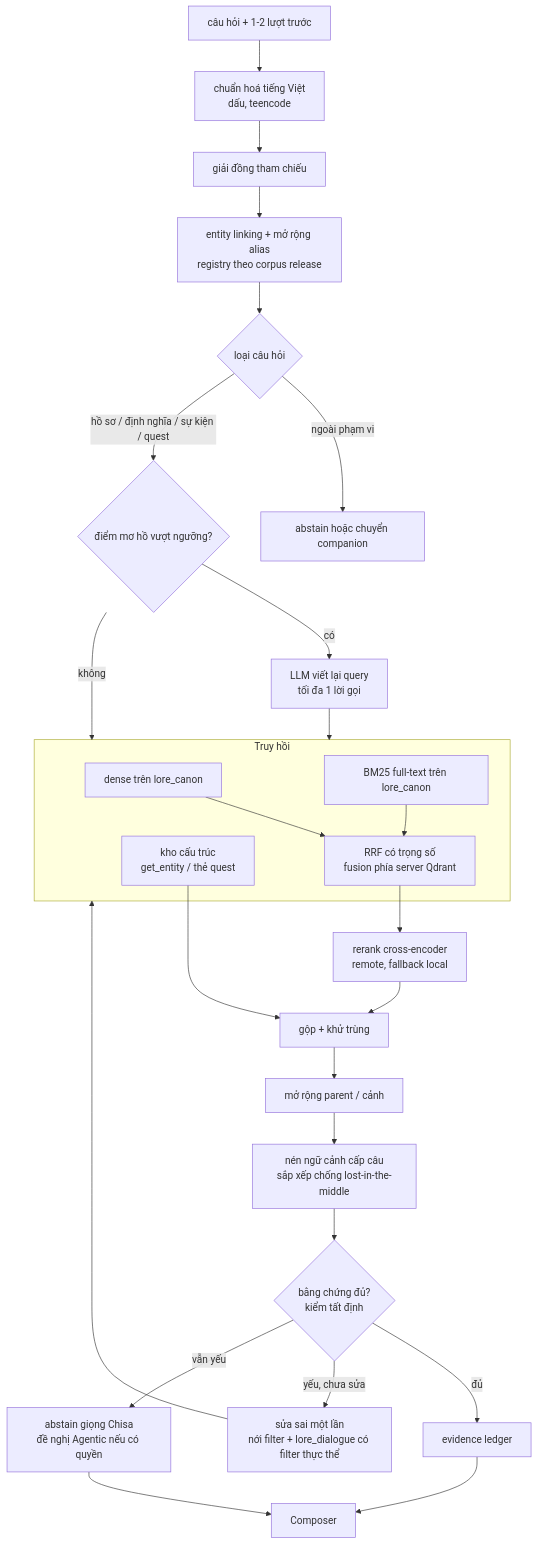
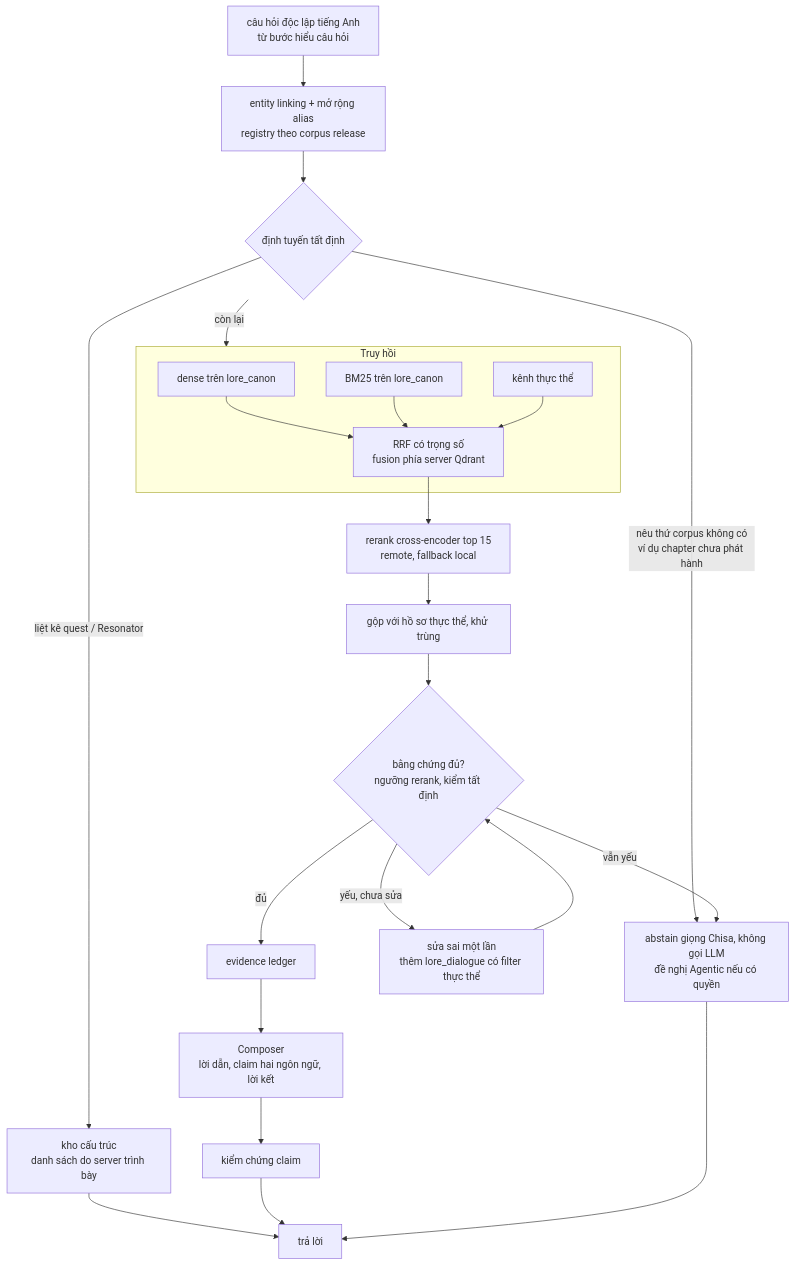
Before and after one commit to HoanBuCon/Kuchiba-Chisa: the seventh of 23 diagrams in docs/SRS_Chisa_v2_Advanced_Agentic_RAG.md, drawn with Mermaid. The commit also changed other lines of this file and 2 other files, not shown here.

First line of the commit message:
docs(srs): align the SRS with the researched architecture (v2.3.0)

````diff
--- a/docs/SRS_Chisa_v2_Advanced_Agentic_RAG.md
+++ b/docs/SRS_Chisa_v2_Advanced_Agentic_RAG.md
@@ -401,32 +403,29 @@
 ```mermaid
 flowchart TD
-  Q["câu hỏi + 1-2 lượt trước"] --> N["chuẩn hoá tiếng Việt<br/>dấu, teencode"]
-  N --> CR["giải đồng tham chiếu"]
-  CR --> EL["entity linking + mở rộng alias<br/>registry theo corpus release"]
-  EL --> QT{"loại câu hỏi"}
-  QT -->|"ngoài phạm vi"| OOS["abstain hoặc chuyển companion"]
-  QT -->|"hồ sơ / định nghĩa / sự kiện / quest"| AMB{"điểm mơ hồ vượt ngưỡng?"}
-  AMB -->|có| RW["LLM viết lại query<br/>tối đa 1 lời gọi"]
-  AMB -->|không| RET
-  RW --> RET
+  Q["câu hỏi độc lập tiếng Anh<br/>từ bước hiểu câu hỏi"] --> EL["entity linking + mở rộng alias<br/>registry theo corpus release"]
+  EL --> QT{"định tuyến tất định"}
+  QT -->|"nêu thứ corpus không có<br/>ví dụ chapter chưa phát hành"| ABS
+  QT -->|"liệt kê quest / Resonator"| S1["kho cấu trúc<br/>danh sách do server trình bày"]
+  QT -->|"còn lại"| RET
   subgraph RET["Truy hồi"]
     D1["dense trên lore_canon"]
-    B1["BM25 full-text trên lore_canon"]
+    B1["BM25 trên lore_canon"]
+    E1["kênh thực thể"]
     F["RRF có trọng số<br/>fusion phía server Qdrant"]
-    S1["kho cấu trúc<br/>get_entity / thẻ quest"]
     D1 --> F
     B1 --> F
+    E1 --> F
   end
-  F --> RK["rerank cross-encoder<br/>remote, fallback local"]
-  RK --> MG["gộp + khử trùng"]
-  S1 --> MG
-  MG --> EXP["mở rộng parent / cảnh"]
-  EXP --> CP["nén ngữ cảnh cấp câu<br/>sắp xếp chống lost-in-the-middle"]
-  CP --> SUF{"bằng chứng đủ?<br/>kiểm tất định"}
+  F --> RK["rerank cross-encoder top 15<br/>remote, fallback local"]
+  RK --> MG["gộp với hồ sơ thực thể, khử trùng"]
+  MG --> SUF{"bằng chứng đủ?<br/>ngưỡng rerank, kiểm tất định"}
   SUF -->|đủ| LED["evidence ledger"]
-  SUF -->|"yếu, chưa sửa"| CORR["sửa sai một lần<br/>nới filter + lore_dialogue có filter thực thể"]
-  CORR --> RET
-  SUF -->|"vẫn yếu"| ABS["abstain giọng Chisa<br/>đề nghị Agentic nếu có quyền"]
-  LED --> CMP["Composer"]
-  ABS --> CMP
+  SUF -->|"yếu, chưa sửa"| CORR["sửa sai một lần<br/>thêm lore_dialogue có filter thực thể"]
+  CORR --> SUF
+  SUF -->|"vẫn yếu"| ABS["abstain giọng Chisa, không gọi LLM<br/>đề nghị Agentic nếu có quyền"]
+  S1 --> OUT["trả lời"]
+  LED --> CMP["Composer<br/>lời dẫn, claim hai ngôn ngữ, lời kết"]
+  CMP --> VER["kiểm chứng claim"]
+  VER --> OUT
+  ABS --> OUT
 ```
````
